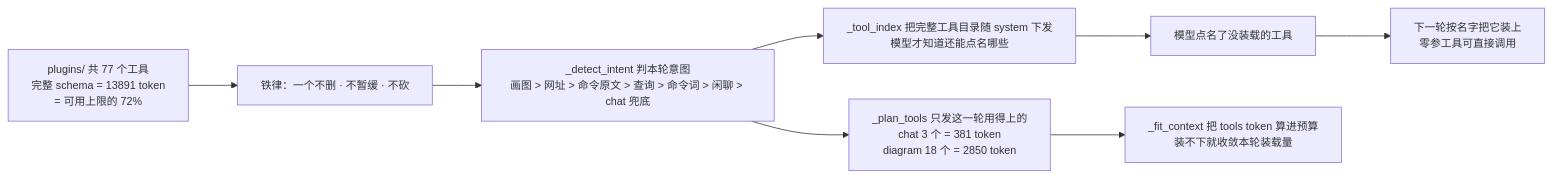
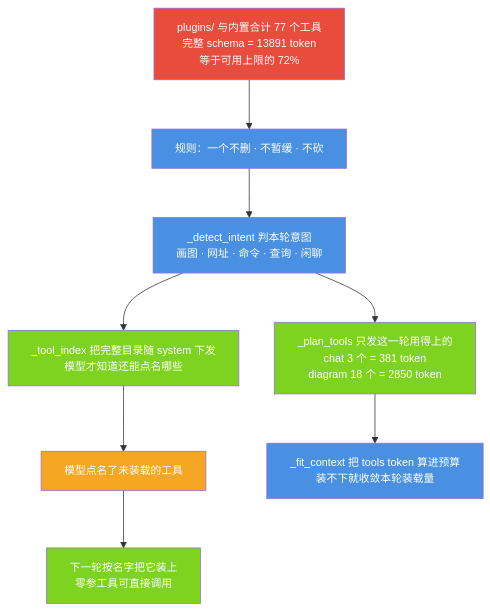
One commit to jiangchuangege/xiaojiao-harnees changed the fourth of 7 diagrams in docs/six-infinity.md. Above: the diagram before and after it, drawn with Mermaid. The commit also changed other lines of this file, not shown here.

Commit message:
docs: six-infinity 重写收尾（补 rerank 二次判断层与拆分开的延迟判据，12 张图重画）

````diff
--- a/docs/six-infinity.md
+++ b/docs/six-infinity.md
@@ -353,11 +471,19 @@
 ```mermaid
 %%{init: {"themeVariables": {"fontSize": "14px"}, "flowchart": {"htmlLabels": true, "wrappingWidth": 320, "nodeSpacing": 46, "rankSpacing": 64, "useMaxWidth": true}}}%%
-flowchart LR
-    A["plugins/ 共 77 个工具<br/>完整 schema = 13891 token<br/>= 可用上限的 72%"] --> B["铁律：一个不删 · 不暂缓 · 不砍"]
-    B --> C["_detect_intent 判本轮意图<br/>画图 &gt; 网址 &gt; 命令原文 &gt; 查询 &gt; 命令词 &gt; 闲聊 &gt; chat 兜底"]
+flowchart TB
+    A["plugins/ 与内置合计 77 个工具<br/>完整 schema = 13891 token<br/>等于可用上限的 72%"] --> B["规则：一个不删 · 不暂缓 · 不砍"]
+    B --> C["_detect_intent 判本轮意图<br/>画图 · 网址 · 命令 · 查询 · 闲聊"]
     C --> D["_plan_tools 只发这一轮用得上的<br/>chat 3 个 = 381 token<br/>diagram 18 个 = 2850 token"]
-    C --> E["_tool_index 把完整工具目录随 system 下发<br/>模型才知道还能点名哪些"]
-    E --> F["模型点名了没装载的工具"]
+    C --> E["_tool_index 把完整目录随 system 下发<br/>模型才知道还能点名哪些"]
+    E --> F["模型点名了未装载的工具"]
     F --> G["下一轮按名字把它装上<br/>零参工具可直接调用"]
     D --> H["_fit_context 把 tools token 算进预算<br/>装不下就收敛本轮装载量"]
+    style A fill:#E74C3C,color:#fff
+    style B fill:#4A90E2,color:#fff
+    style C fill:#4A90E2,color:#fff
+    style D fill:#7ED321,color:#fff
+    style E fill:#7ED321,color:#fff
+    style F fill:#F5A623,color:#fff
+    style G fill:#7ED321,color:#fff
+    style H fill:#4A90E2,color:#fff
 ```
````
